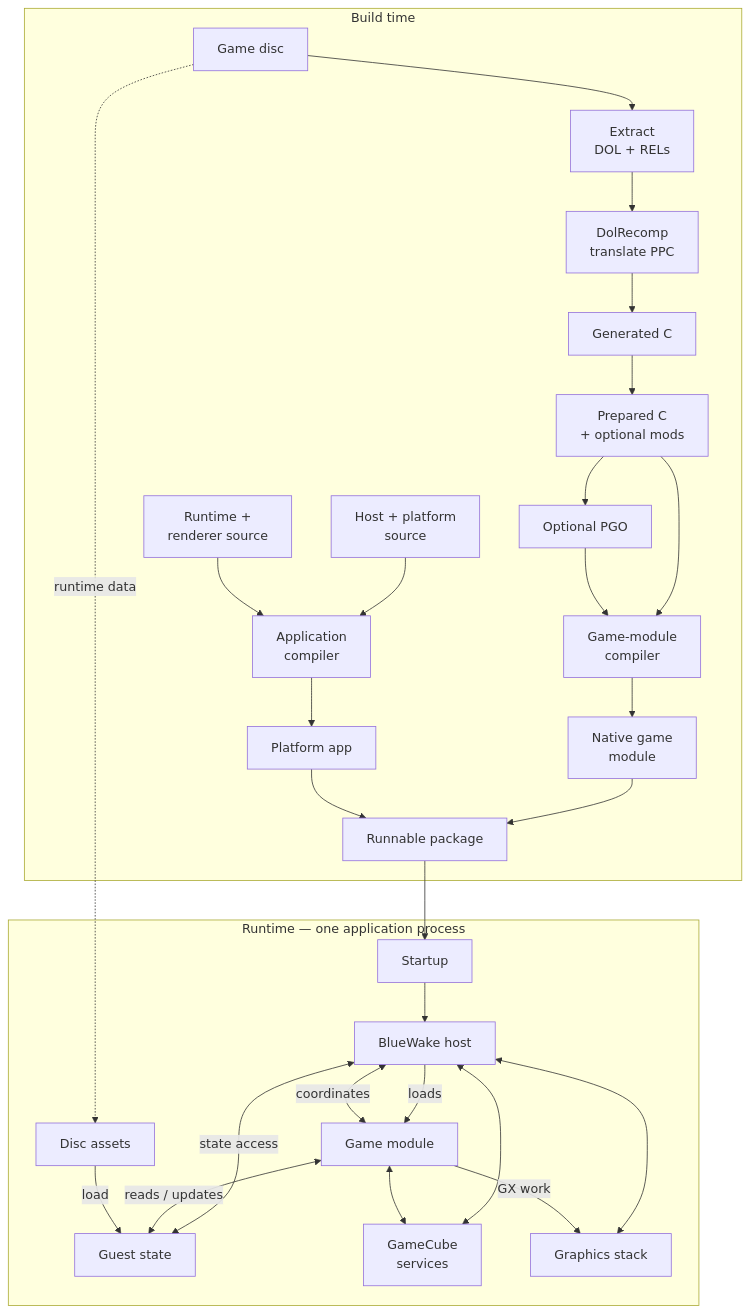
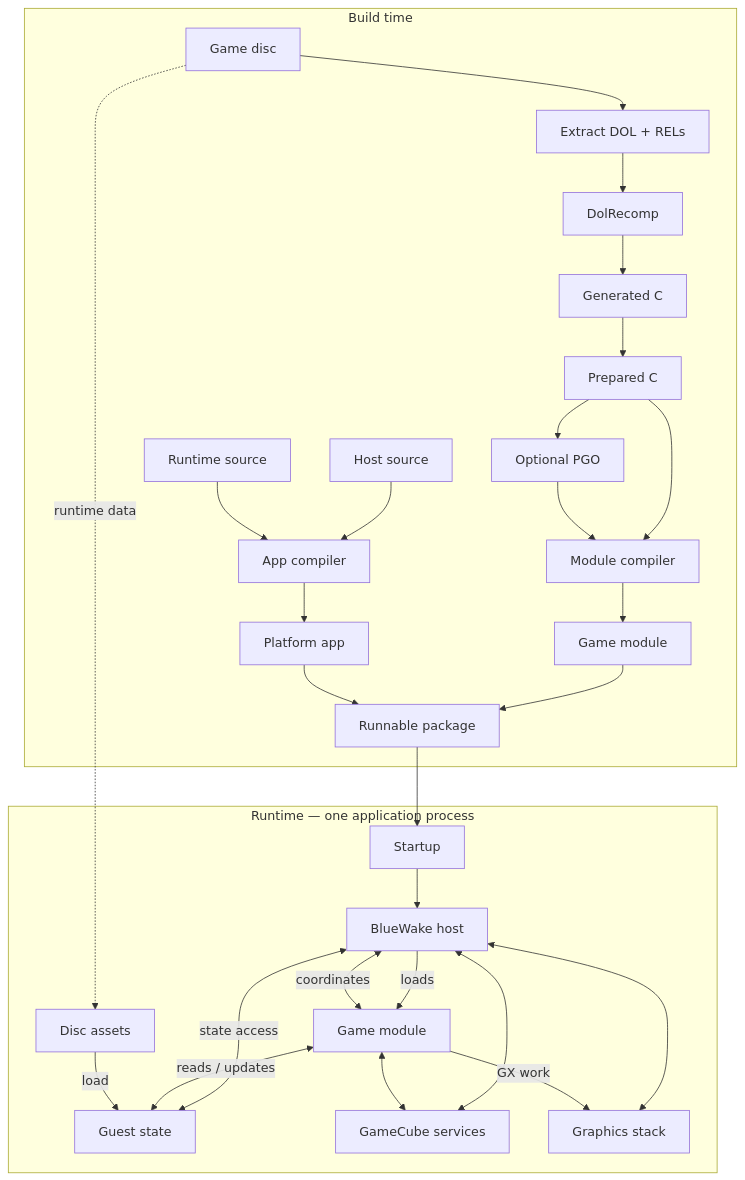
One commit to Aelbannan/boat_of_daphnes changed the diagram in docs/architecture/Overview.md. Above: the diagram before and after it, drawn with Mermaid. The commit also changed 6 other files, not shown here.

Commit message:
docs: remove clipped Mermaid multiline labels

````diff
--- a/docs/architecture/Overview.md
+++ b/docs/architecture/Overview.md
@@ -44,50 +44,50 @@
 ```mermaid
 flowchart TD
     subgraph Build["Build time"]
         Disc["Game disc"]
-        Extract["Extract<br/>DOL + RELs"]
-        Translator["DolRecomp<br/>translate PPC"]
+        Extract["Extract DOL + RELs"]
+        Translator["DolRecomp"]
         Generated["Generated C"]
-        Prepared["Prepared C<br/>+ optional mods"]
+        Prepared["Prepared C"]
         Training["Optional PGO"]
-        HostSource["Host + platform<br/>source"]
-        RuntimeSource["Runtime +<br/>renderer source"]
-        GameCompiler["Game-module<br/>compiler"]
-        AppCompiler["Application<br/>compiler"]
-        GameModule["Native game<br/>module"]
+        HostSource["Host source"]
+        RuntimeSource["Runtime source"]
+        GameCompiler["Module compiler"]
+        AppCompiler["App compiler"]
+        GameModule["Game module"]
         Executable["Platform app"]
         Package["Runnable package"]
 
         Disc --> Extract --> Translator --> Generated --> Prepared --> GameCompiler --> GameModule
         Prepared --> Training --> GameCompiler
         HostSource --> AppCompiler
         RuntimeSource --> AppCompiler
         AppCompiler --> Executable
         GameModule --> Package
         Executable --> Package
     end
 
     subgraph Runtime["Runtime — one application process"]
         Startup["Startup"]
         Host["BlueWake host"]
         Game["Game module"]
         Guest["Guest state"]
-        Services["GameCube<br/>services"]
+        Services["GameCube services"]
         Graphics["Graphics stack"]
         Assets["Disc assets"]
 
         Startup --> Host
         Host -->|"loads"| Game
         Host <-->|"coordinates"| Game
         Host <-->|"state access"| Guest
         Game <-->|"reads / updates"| Guest
         Host <--> Services
         Game <--> Services
         Host <--> Graphics
         Game -->|"GX work"| Graphics
         Assets -->|"load"| Guest
     end
 
     Package --> Startup
     Disc -. "runtime data" .-> Assets
 ```
````
